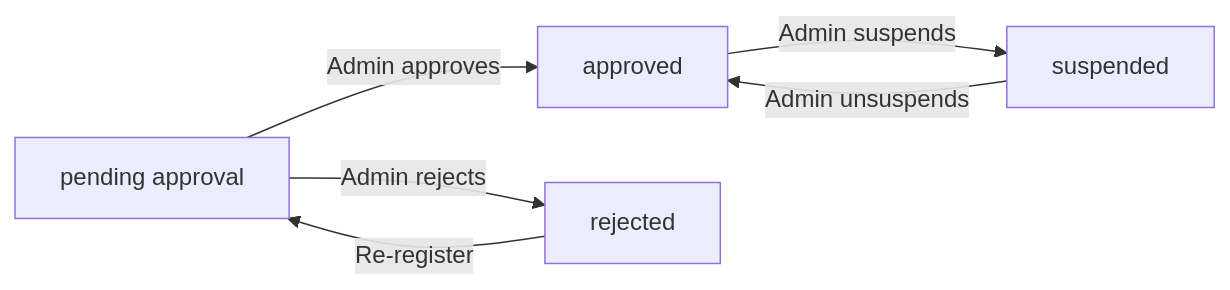
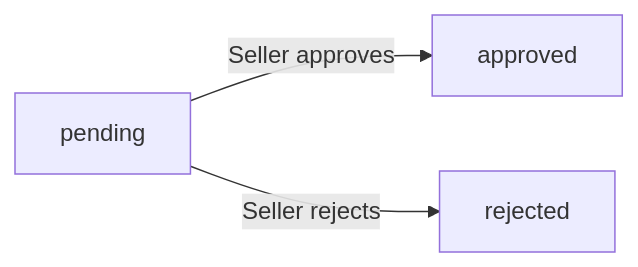
One commit to wrtnlabs/autobe-examples changed the fifth of 6 diagrams in qwen/qwen3.5-397b-a17b/shopping/docs/analysis/02-domain-model.md. Above: the diagram before and after it, drawn with Mermaid. The commit also changed other lines of this file and 9017 other files, not shown here.

````diff
--- a/qwen/qwen3.5-397b-a17b/shopping/docs/analysis/02-domain-model.md
+++ b/qwen/qwen3.5-397b-a17b/shopping/docs/analysis/02-domain-model.md
@@ -966,8 +823,5 @@
 ```mermaid
 flowchart LR
-    A["pending approval"] -->|"Admin approves"| B["approved"]
-    B -->|"Admin suspends"| C["suspended"]
-    C -->|"Admin unsuspends"| B
-    A -->|"Admin rejects"| D["rejected"]
-    D -->|"Re-register"| A
+    A["pending"] -->|"Seller approves"| B["approved"]
+    A -->|"Seller rejects"| C["rejected"]
 ```
````
